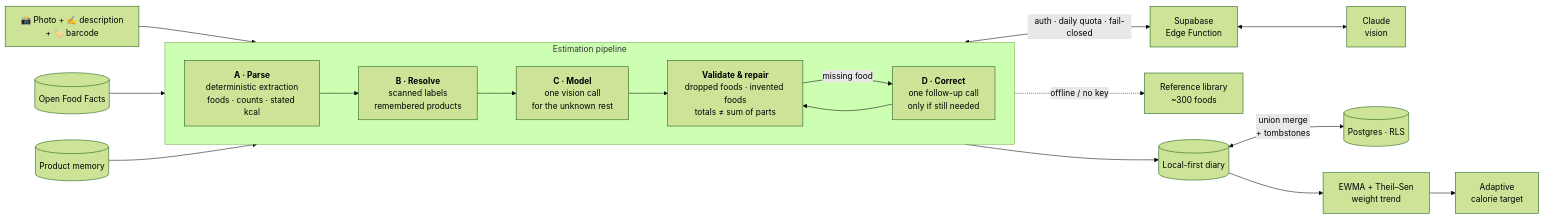
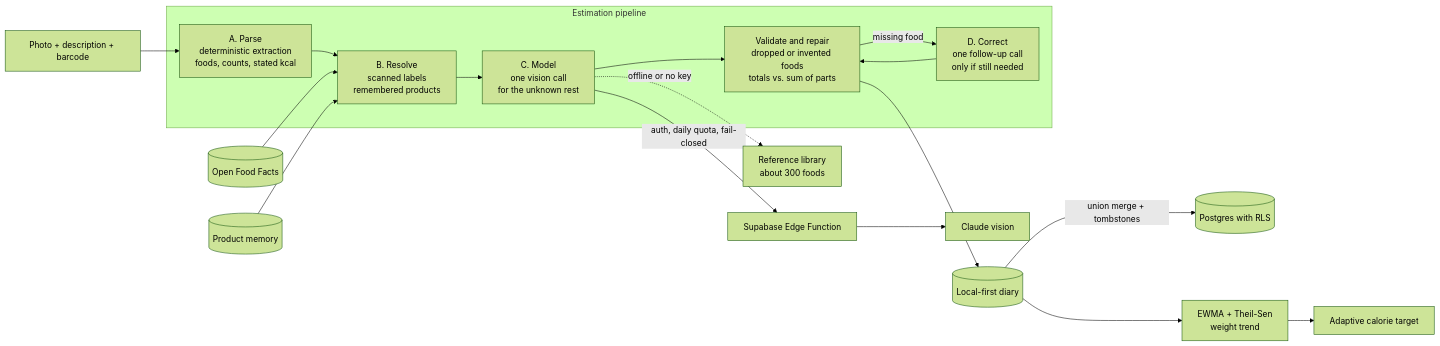
The diagram in README.md (gabercmatej/AI-calorie-tracker-app), drawn with Mermaid (forest theme) before and after one commit.

Commit message:
docs: simplify architecture diagram syntax

````diff
--- a/README.md
+++ b/README.md
@@ -45,24 +45,23 @@
 ```mermaid
 flowchart LR
-  IN["📸 Photo + ✍️ description<br/>+ 🏷️ barcode"] --> A
+  INPUT["Photo + description + barcode"] --> A
 
   subgraph PIPE["Estimation pipeline"]
-    direction LR
-    A["<b>A · Parse</b><br/>deterministic extraction<br/>foods · counts · stated kcal"]
-    B["<b>B · Resolve</b><br/>scanned labels<br/>remembered products"]
-    C["<b>C · Model</b><br/>one vision call<br/>for the unknown rest"]
-    V["<b>Validate & repair</b><br/>dropped foods · invented foods<br/>totals ≠ sum of parts"]
-    D["<b>D · Correct</b><br/>one follow-up call<br/>only if still needed"]
+    A["A. Parse<br/>deterministic extraction<br/>foods, counts, stated kcal"]
+    B["B. Resolve<br/>scanned labels<br/>remembered products"]
+    C["C. Model<br/>one vision call<br/>for the unknown rest"]
+    V["Validate and repair<br/>dropped or invented foods<br/>totals vs. sum of parts"]
+    D["D. Correct<br/>one follow-up call<br/>only if still needed"]
     A --> B --> C --> V
-    V -- "missing food" --> D --> V
+    V -->|missing food| D --> V
   end
 
   OFF[("Open Food Facts")] --> B
   MEM[("Product memory")] --> B
-  C <-->|"auth · daily quota · fail-closed"| EDGE["Supabase<br/>Edge Function"] <--> LLM["Claude<br/>vision"]
-  C -. "offline / no key" .-> LIB["Reference library<br/>~300 foods"]
+  C -->|auth, daily quota, fail-closed| EDGE["Supabase Edge Function"] --> LLM["Claude vision"]
+  C -.->|offline or no key| LIB["Reference library<br/>about 300 foods"]
 
   V --> DIARY[("Local-first diary")]
-  DIARY <-->|"union merge<br/>+ tombstones"| CLOUD[("Postgres · RLS")]
-  DIARY --> TREND["EWMA + Theil–Sen<br/>weight trend"] --> PLAN["Adaptive<br/>calorie target"]
+  DIARY -->|union merge + tombstones| CLOUD[("Postgres with RLS")]
+  DIARY --> TREND["EWMA + Theil-Sen<br/>weight trend"] --> PLAN["Adaptive calorie target"]
 ```
````
